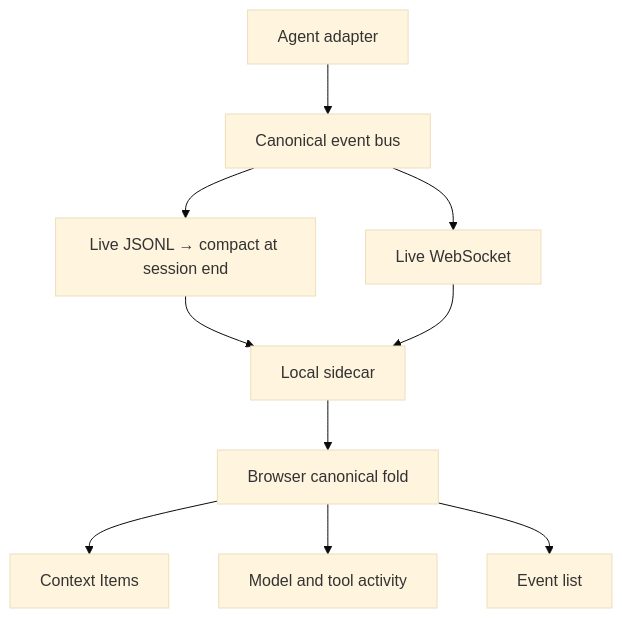
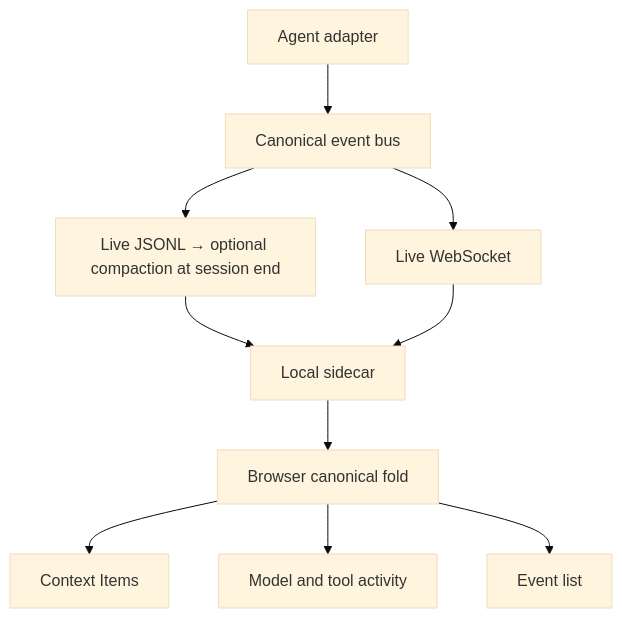
Before and after one commit to Delva0/gh-puller: the diagram in docs/agent-monitor.md, drawn with Mermaid (base theme). The commit also changed other lines of this file and 2 other files, not shown here.

Commit message:
Support explicit agent log paths and optional delta retention

````diff
--- a/docs/agent-monitor.md
+++ b/docs/agent-monitor.md
@@ -147,12 +147,12 @@
 ```mermaid
 flowchart TD
     Adapter[Agent adapter] --> Bus[Canonical event bus]
-    Bus --> File[Live JSONL → compact at session end]
+    Bus --> File[Live JSONL → optional compaction at session end]
     Bus --> Live[Live WebSocket]
     File --> Hub[Local sidecar]
     Live --> Hub
     Hub --> Fold[Browser canonical fold]
     Fold --> Context[Context Items]
     Fold --> Activity[Model and tool activity]
     Fold --> Events[Event list]
 ```
````
